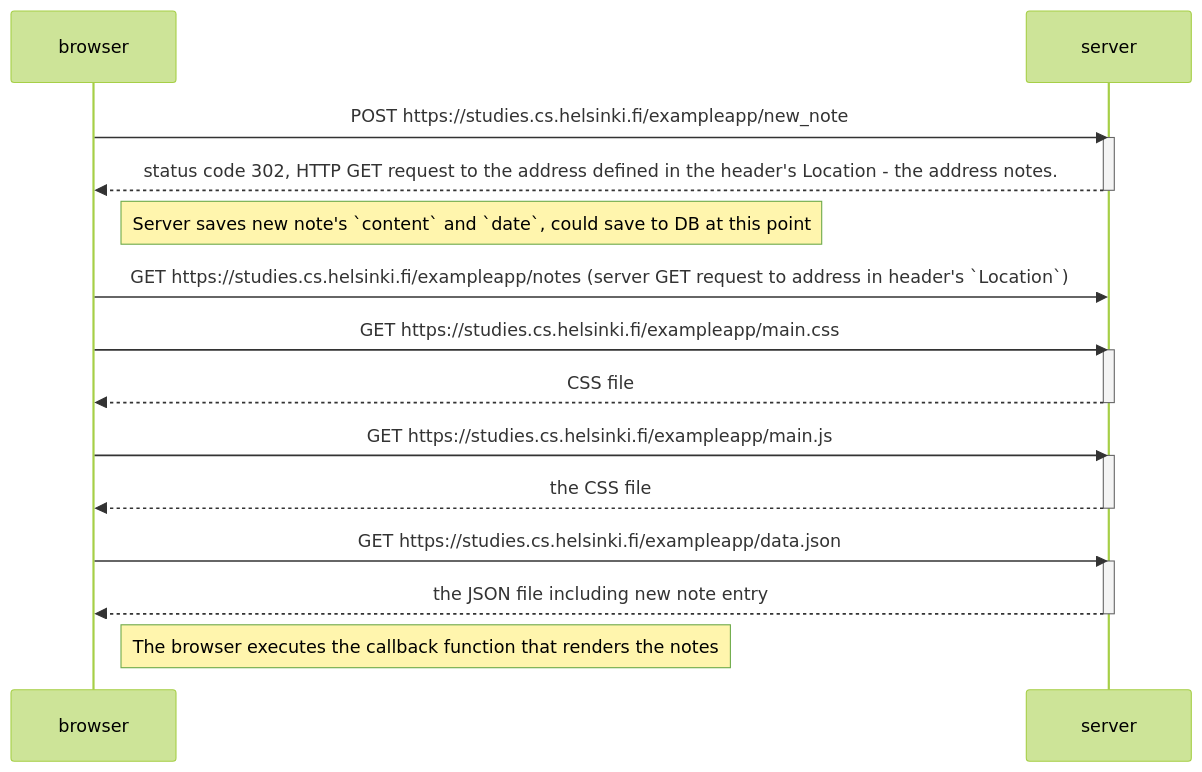
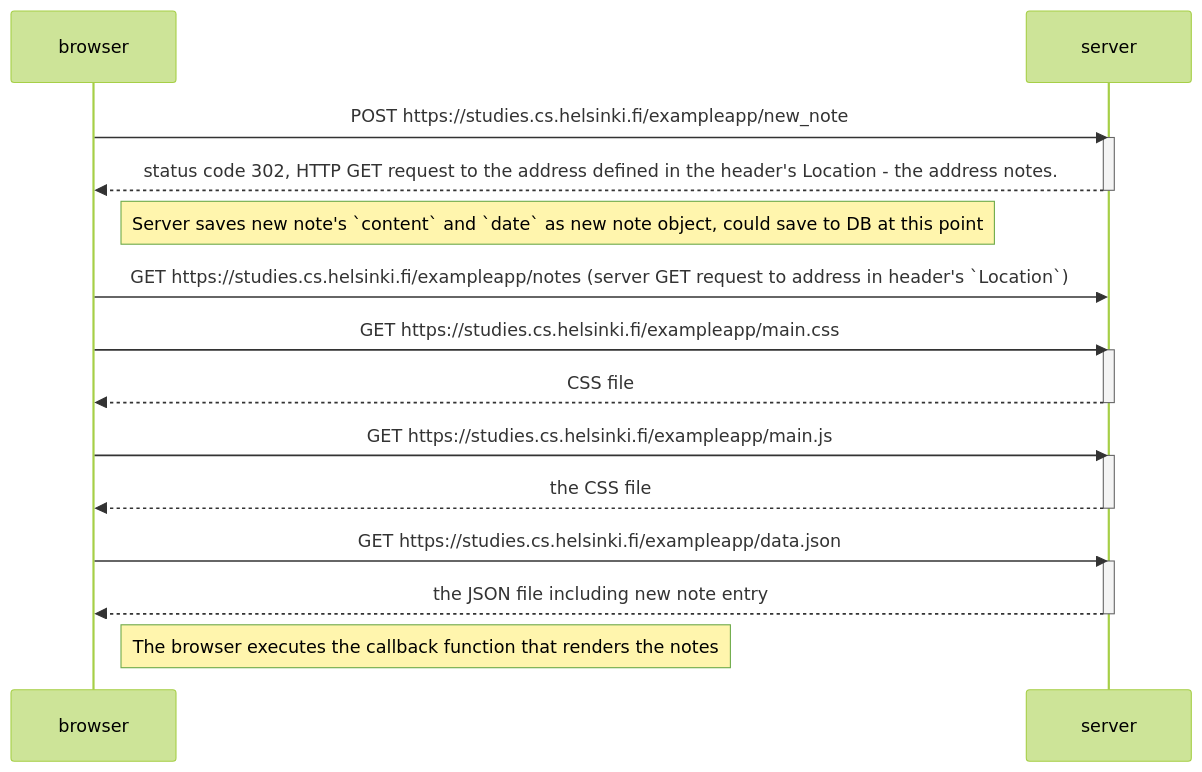
The second of 4 diagrams in part0/part0.md (npcrites/full_stack_open), drawn with Mermaid (forest theme) before and after one commit. The commit also changed other lines of this file, not shown here.

````diff
--- a/part0/part0.md
+++ b/part0/part0.md
@@ -44,30 +44,30 @@
 ```mermaid
 sequenceDiagram
     participant browser
     participant server
 
     browser->>server: POST https://studies.cs.helsinki.fi/exampleapp/new_note
     activate server
     server-->>browser: status code 302, HTTP GET request to the address defined in the header's Location - the address notes.
     deactivate server
-    Note right of browser: Server saves new note's `content` and `date`, could save to DB at this point
+    Note right of browser: Server saves new note's `content` and `date` as new note object, could save to DB at this point
 
     browser->>server: GET https://studies.cs.helsinki.fi/exampleapp/notes (server GET request to address in header's `Location`)
 
     browser->>server: GET https://studies.cs.helsinki.fi/exampleapp/main.css
     activate server
     server-->>browser: CSS file
     deactivate server
 
     browser->>server: GET https://studies.cs.helsinki.fi/exampleapp/main.js
     activate server
     server-->>browser: the CSS file
     deactivate server
 
     browser->>server: GET https://studies.cs.helsinki.fi/exampleapp/data.json
     activate server
     server-->>browser: the JSON file including new note entry
     deactivate server
 
     Note right of browser: The browser executes the callback function that renders the notes
 ```
````
